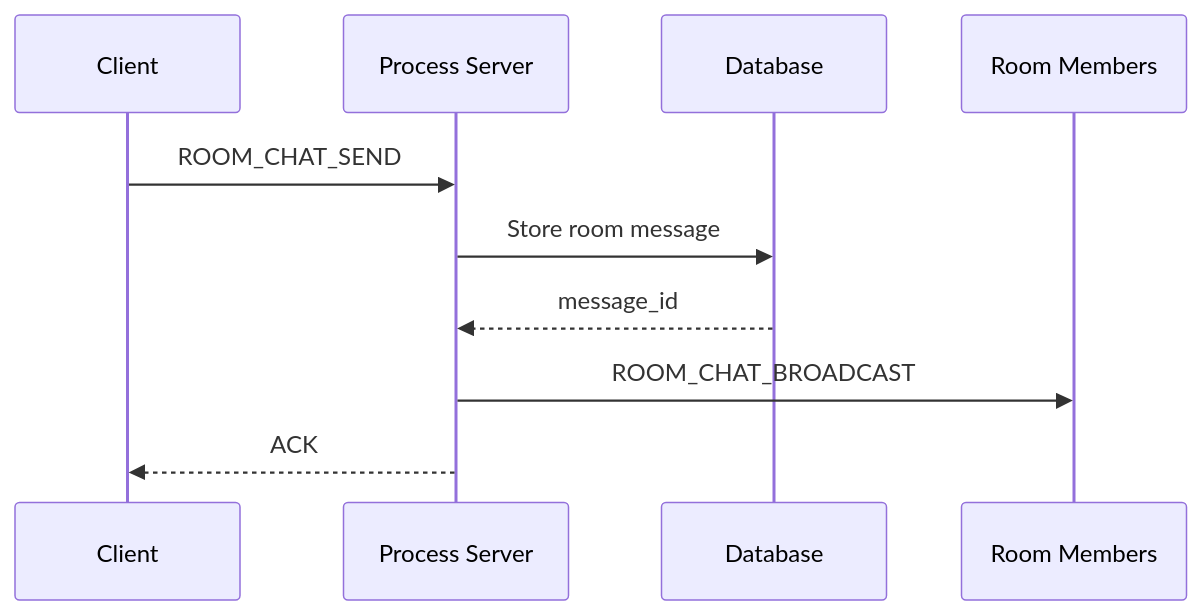
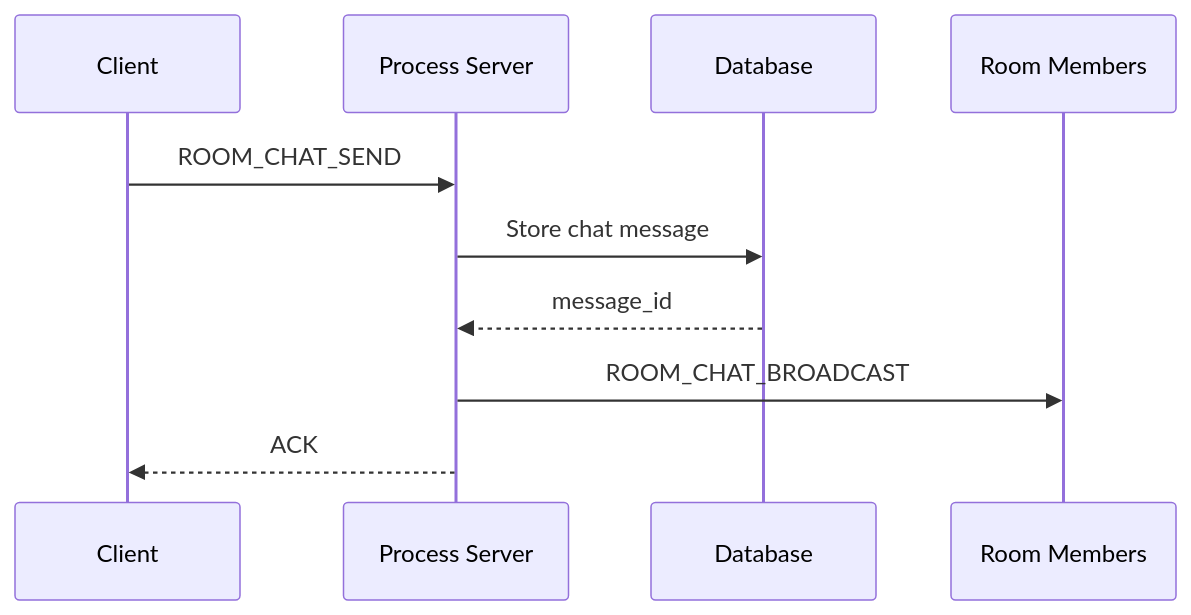
One commit to erlanggardr/netcourier changed the sixth of 7 diagrams in docs/ARCHITECTURE.md. Above: the diagram before and after it, drawn with Mermaid. The commit also changed other lines of this file and 13 other files, not shown here.

````diff
--- a/docs/ARCHITECTURE.md
+++ b/docs/ARCHITECTURE.md
@@ -316,13 +304,13 @@
 ```mermaid
 sequenceDiagram
     participant C as Client
     participant S as Process Server
     participant DB as Database
     participant R as Room Members
 
     C->>S: ROOM_CHAT_SEND
-    S->>DB: Store room message
+    S->>DB: Store chat message
     DB-->>S: message_id
     S->>R: ROOM_CHAT_BROADCAST
     S-->>C: ACK
 ```
````
